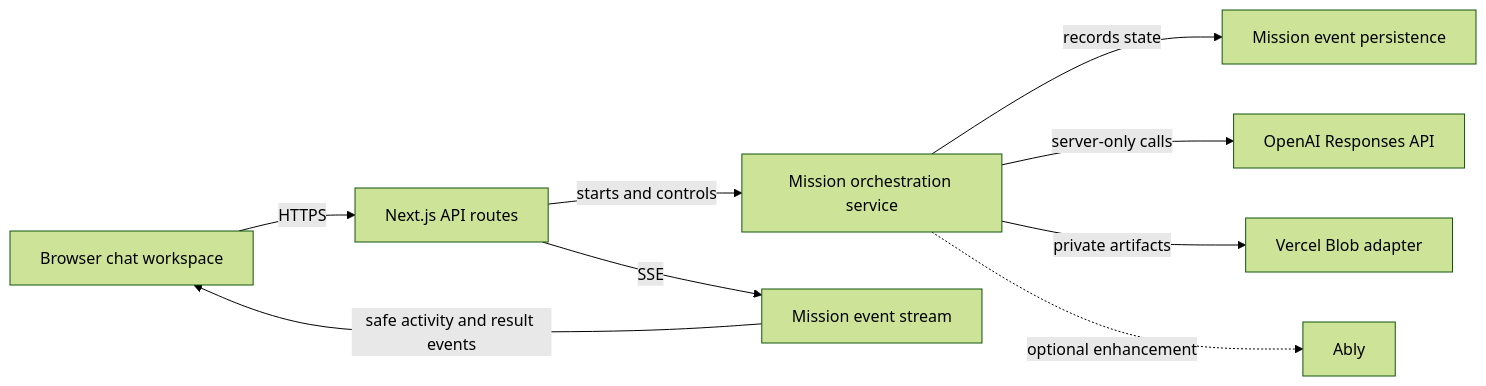
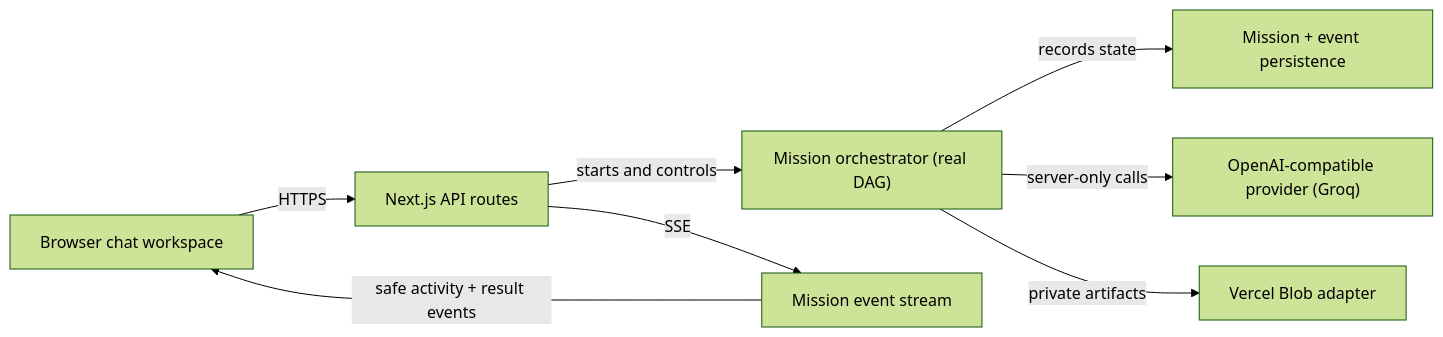
The diagram in README.md (ShivankXD/ComradeIQ), drawn with Mermaid (forest theme) before and after one commit. The commit also changed other lines of this file and 1 other file, not shown here.

Commit message:
docs: rewrite README (current features, live URL, provider-accurate); drop em dashes from landing copy

````diff
--- a/README.md
+++ b/README.md
@@ -39,11 +61,10 @@
 ```mermaid
 flowchart LR
     client["Browser chat workspace"] -->|"HTTPS"| api["Next.js API routes"]
-    api -->|"starts and controls"| mission["Mission orchestration service"]
+    api -->|"starts and controls"| mission["Mission orchestrator (real DAG)"]
     api -->|"SSE"| progress["Mission event stream"]
-    mission -->|"records state"| persistence["Mission event persistence"]
-    mission -->|"server-only calls"| openai["OpenAI Responses API"]
+    mission -->|"records state"| persistence["Mission + event persistence"]
+    mission -->|"server-only calls"| llm["OpenAI-compatible provider (Groq)"]
     mission -->|"private artifacts"| storage["Vercel Blob adapter"]
-    mission -.->|"optional enhancement"| ably["Ably"]
-    progress -->|"safe activity and result events"| client
+    progress -->|"safe activity + result events"| client
 ```
````
